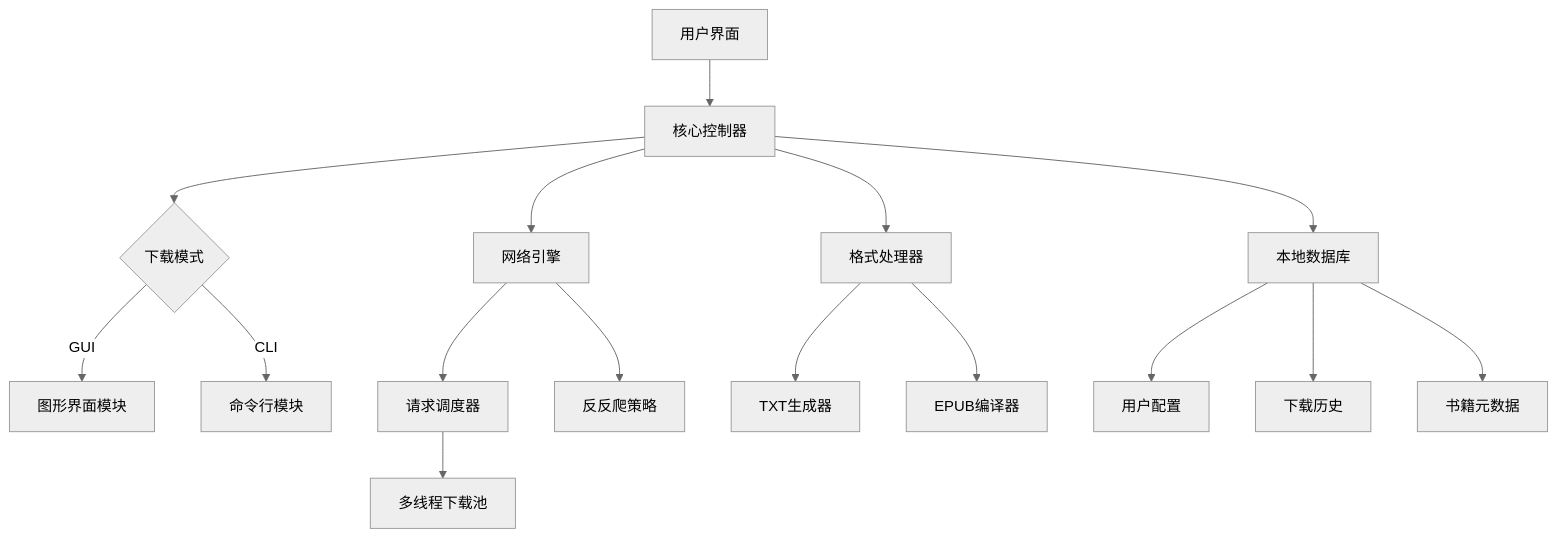
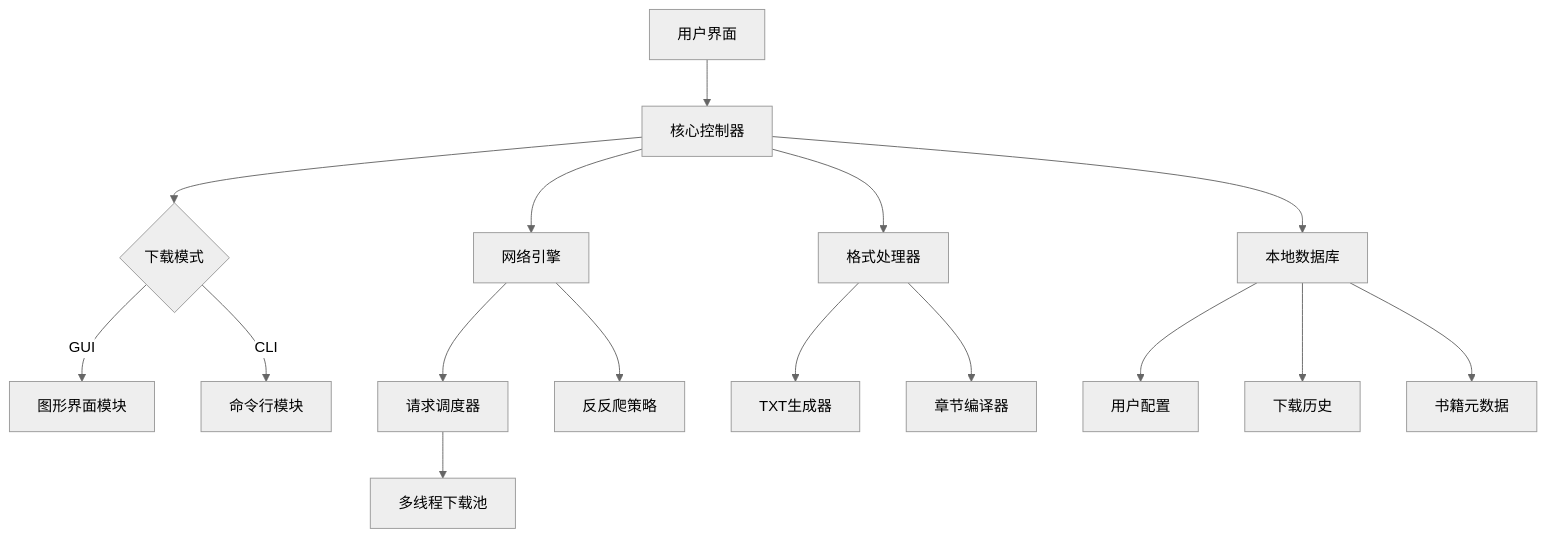
The diagram in README.md (shaolone/Fanqie-novel-Downloader), drawn with Mermaid before and after one commit.

````diff
--- a/README.md
+++ b/README.md
@@ -47,19 +47,19 @@
 ```mermaid
 %%{init: {'theme': 'neutral'}}%%
 graph TD
     A[用户界面] --> B[核心控制器]
     B --> C{下载模式}
     C -->|GUI| D[图形界面模块]
     C -->|CLI| E[命令行模块]
     B --> F[网络引擎]
     F --> G[请求调度器]
     G --> H[多线程下载池]
     F --> I[反反爬策略]
     B --> J[格式处理器]
     J --> K[TXT生成器]
-    J --> L[EPUB编译器]
+    J --> L[章节编译器]
     B --> M[本地数据库]
     M --> N[用户配置]
     M --> O[下载历史]
     M --> P[书籍元数据]
 ```
````
